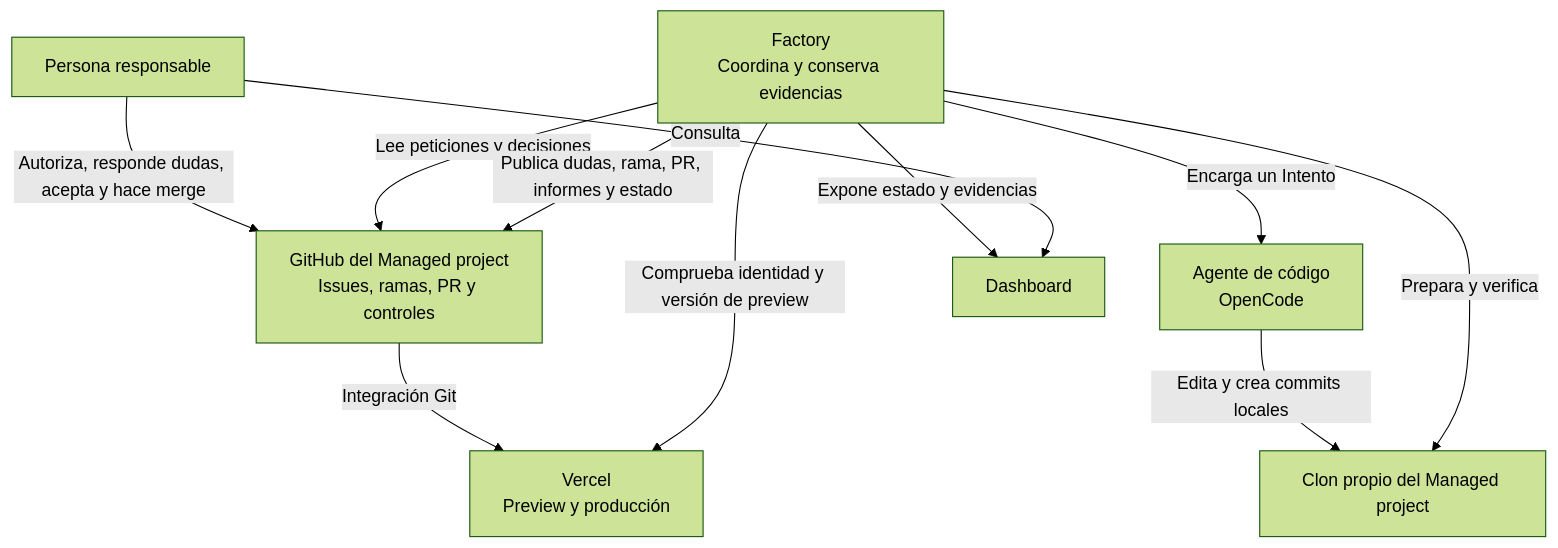
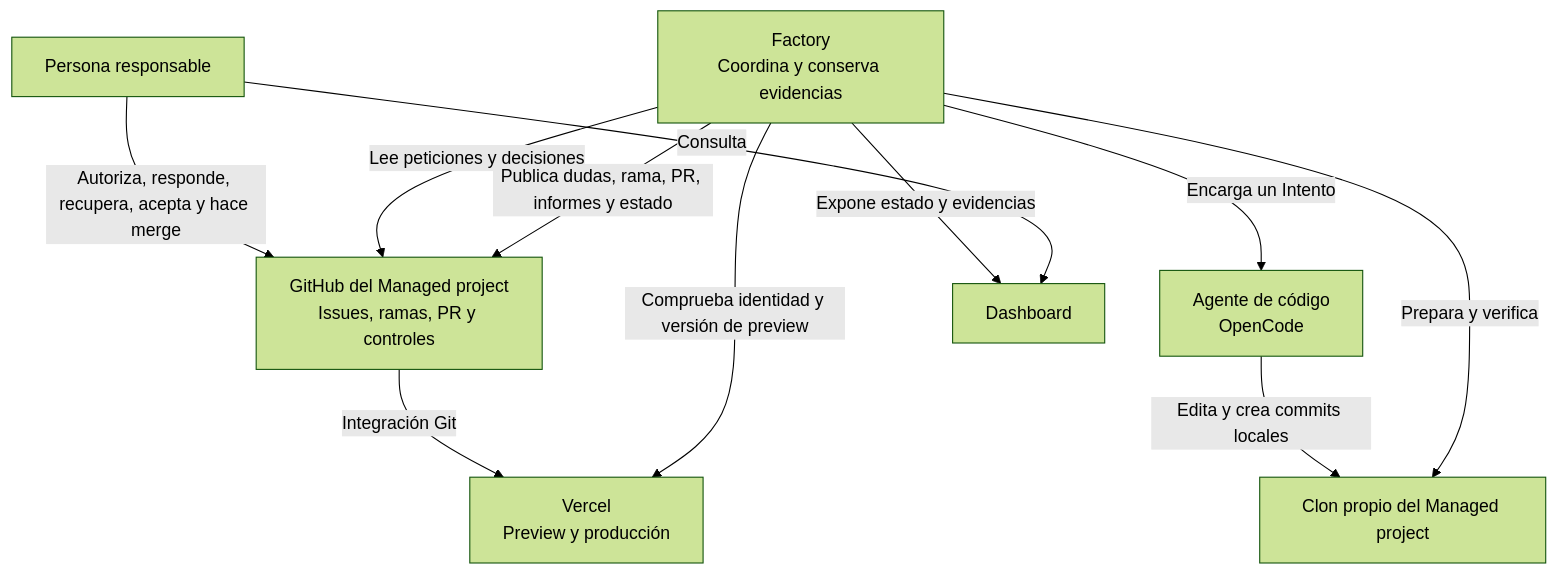
One commit to rubenbp/app-foundry changed the first of 3 diagrams in docs/manual/01-mapa.md. Above: the diagram before and after it, drawn with Mermaid (forest theme). The commit also changed other lines of this file and 9 other files, not shown here.

````diff
--- a/docs/manual/01-mapa.md
+++ b/docs/manual/01-mapa.md
@@ -7,13 +7,13 @@
 ```mermaid
 flowchart TB
-    H["Persona responsable"] -->|"Autoriza, responde dudas, acepta y hace merge"| G["GitHub del Managed project<br/>Issues, ramas, PR y controles"]
+    H["Persona responsable"] -->|"Autoriza, responde, recupera, acepta y hace merge"| G["GitHub del Managed project<br/>Issues, ramas, PR y controles"]
     F["Factory<br/>Coordina y conserva evidencias"] -->|"Lee peticiones y decisiones"| G
     F -->|"Publica dudas, rama, PR, informes y estado"| G
     F -->|"Encarga un Intento"| A["Agente de código<br/>OpenCode"]
     A -->|"Edita y crea commits locales"| W["Clon propio del Managed project"]
     F -->|"Prepara y verifica"| W
     G -->|"Integración Git"| V["Vercel<br/>Preview y producción"]
     F -->|"Comprueba identidad y versión de preview"| V
     F -->|"Expone estado y evidencias"| L["Dashboard"]
     H -->|"Consulta"| L
 ```
````
